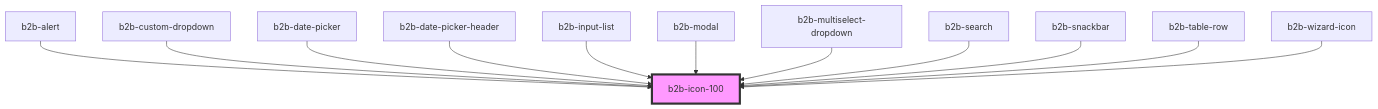
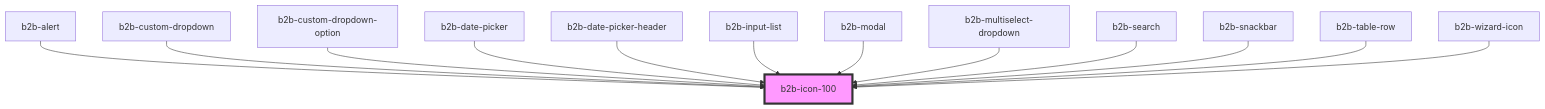
Before and after one commit to otto-de/b2b-design-system: the diagram in packages/core-components/src/components/icon-100/readme.md, drawn with Mermaid. The commit also changed other lines of this file and 6 other files, not shown here.

Commit message:
feat(Custom-dropdown): [NEPTUNE-4831] refactor disability and render the component correctly in form

````diff
--- a/packages/core-components/src/components/icon-100/readme.md
+++ b/packages/core-components/src/components/icon-100/readme.md
@@ -36,15 +37,16 @@
 ```mermaid
 graph TD;
   b2b-alert --> b2b-icon-100
   b2b-custom-dropdown --> b2b-icon-100
+  b2b-custom-dropdown-option --> b2b-icon-100
   b2b-date-picker --> b2b-icon-100
   b2b-date-picker-header --> b2b-icon-100
   b2b-input-list --> b2b-icon-100
   b2b-modal --> b2b-icon-100
   b2b-multiselect-dropdown --> b2b-icon-100
   b2b-search --> b2b-icon-100
   b2b-snackbar --> b2b-icon-100
   b2b-table-row --> b2b-icon-100
   b2b-wizard-icon --> b2b-icon-100
   style b2b-icon-100 fill:#f9f,stroke:#333,stroke-width:4px
 ```
````
